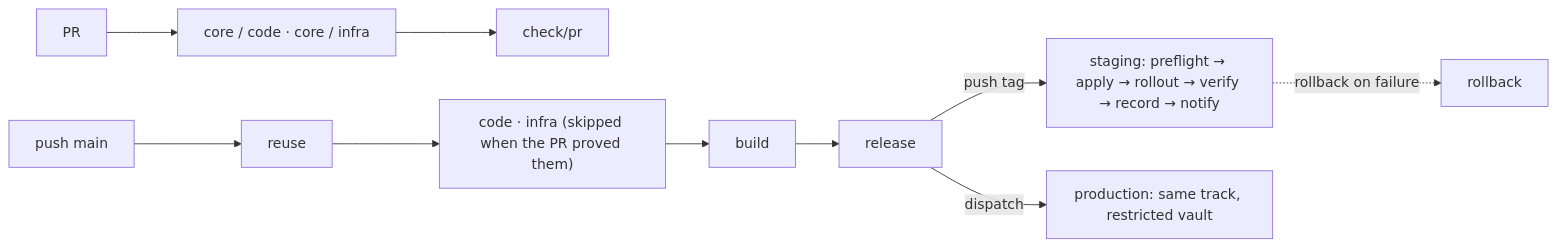
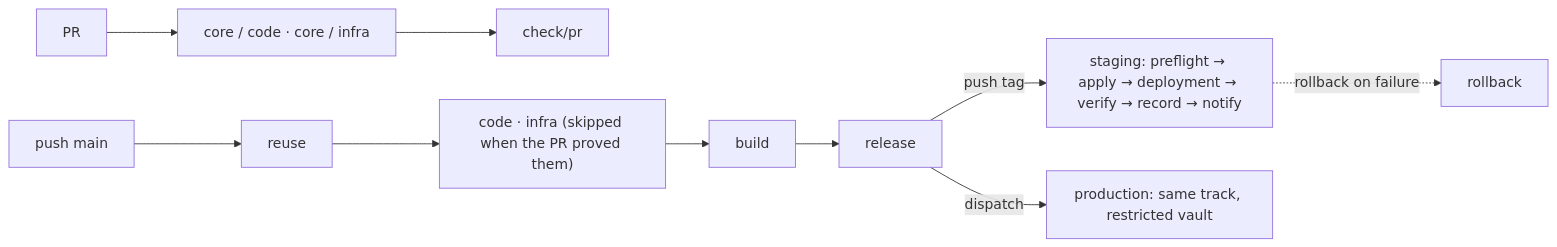
The diagram in README.md (br4zz4/pipelines), drawn with Mermaid before and after one commit. The commit also changed other lines of this file and 16 other files, not shown here.

Commit message:
feat: rename the deploy hooks, rollout is now deployment and traffic is rollout

````diff
--- a/README.md
+++ b/README.md
@@ -35,8 +35,8 @@
 ```mermaid
 flowchart LR
   pr[PR] --> lanes["core / code · core / infra"] --> gate["check/pr"]
   main[push main] --> reuse --> lanes2["code · infra (skipped when the PR proved them)"] --> build --> release
-  release -->|push tag| staging["staging: preflight → apply → rollout → verify → record → notify"]
+  release -->|push tag| staging["staging: preflight → apply → deployment → verify → record → notify"]
   release -->|dispatch| production["production: same track, restricted vault"]
   staging -.->|rollback on failure| rb[rollback]
 ```
````
